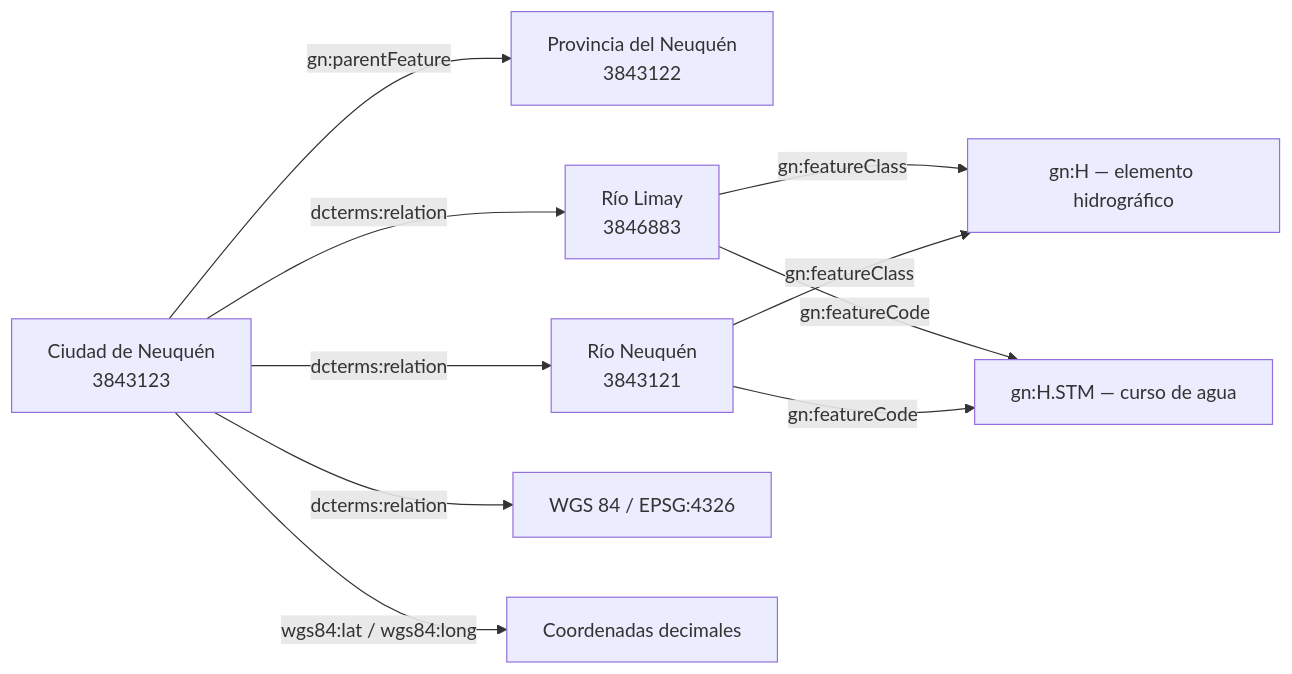
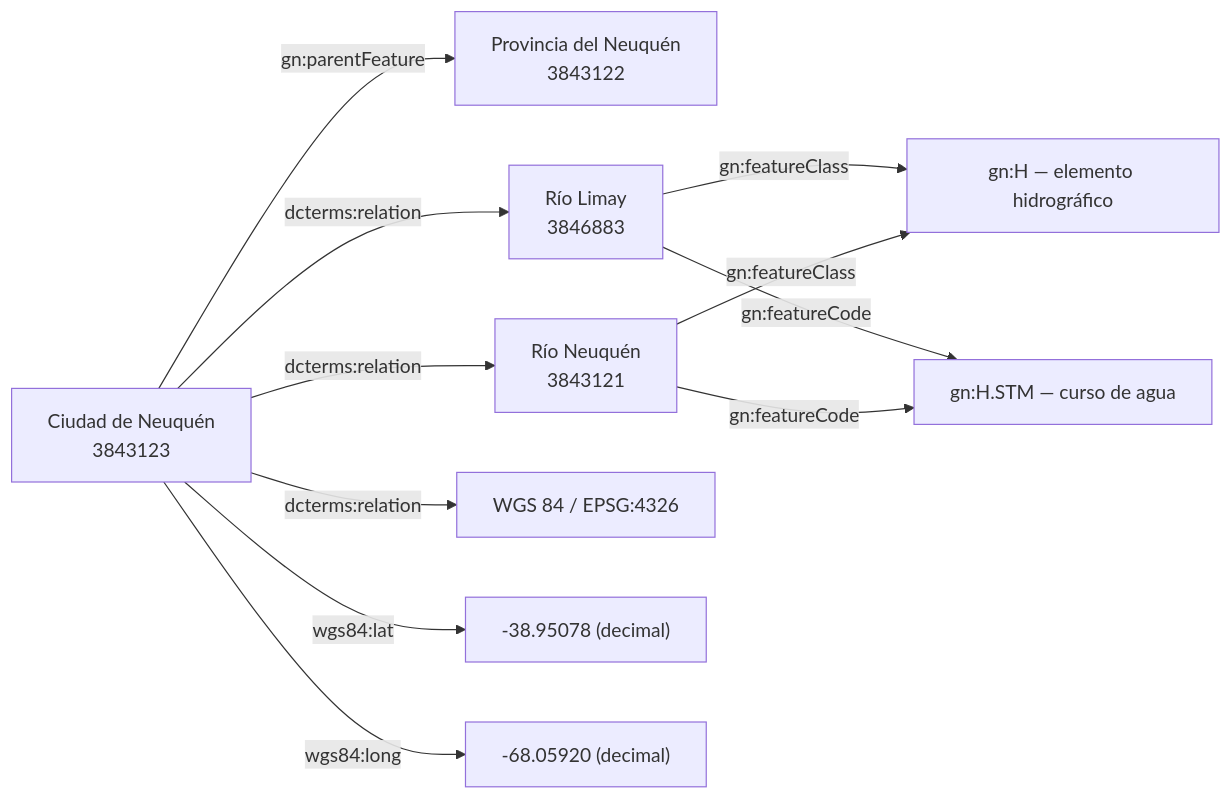
One commit to cdg-idera/geosemantica changed the diagram in _sources/ontologias.md. Above: the diagram before and after it, drawn with Mermaid. The commit also changed other lines of this file and 9 other files, not shown here.

````diff
--- a/_sources/ontologias.md
+++ b/_sources/ontologias.md
@@ -169,12 +169,13 @@
 ```{mermaid}
 flowchart LR
   C["Ciudad de Neuquén<br/>3843123"] -->|"gn:parentFeature"| P["Provincia del Neuquén<br/>3843122"]
   C -->|"dcterms:relation"| L["Río Limay<br/>3846883"]
   C -->|"dcterms:relation"| N["Río Neuquén<br/>3843121"]
   C -->|"dcterms:relation"| S["WGS 84 / EPSG:4326"]
-  C -->|"wgs84:lat / wgs84:long"| V["Coordenadas decimales"]
+  C -->|"wgs84:lat"| LAT["-38.95078 (decimal)"]
+  C -->|"wgs84:long"| LON["-68.05920 (decimal)"]
   L -->|"gn:featureClass"| HC["gn:H — elemento hidrográfico"]
   N -->|"gn:featureClass"| HC
   L -->|"gn:featureCode"| H["gn:H.STM — curso de agua"]
   N -->|"gn:featureCode"| H
 ```
````
